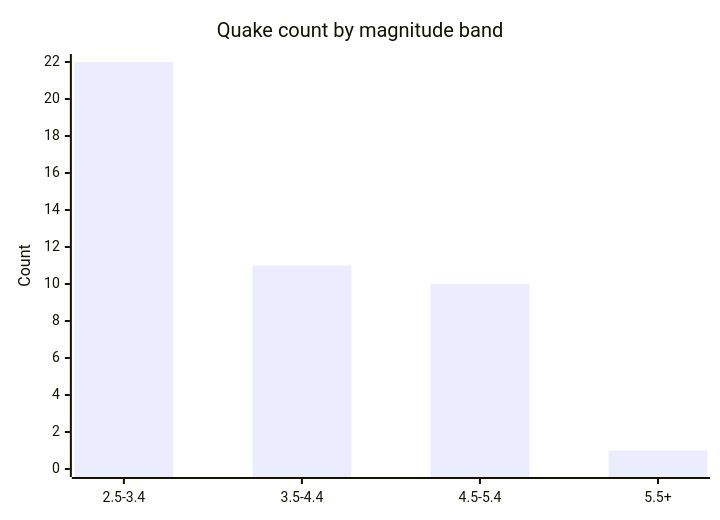
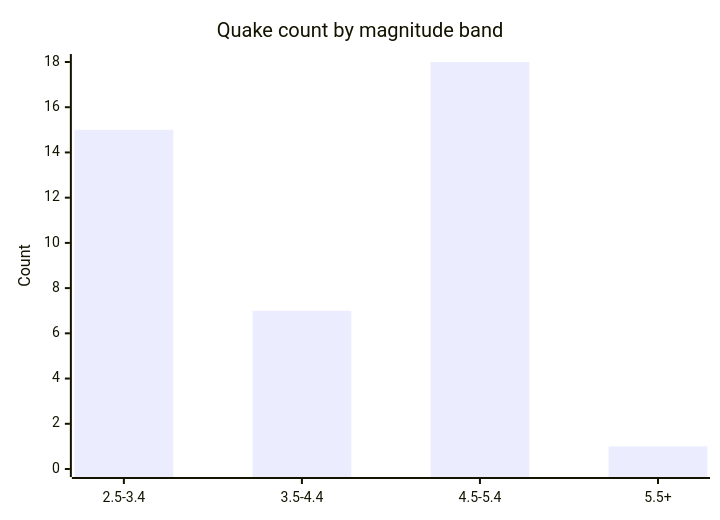
The fifth of 6 diagrams in docs/GRAPHS.md (Midwest-Stratospheric/aerostratospheric-defense-gir), drawn with Mermaid before and after one commit. The commit also changed other lines of this file and 24 other files, not shown here.

````diff
--- a/docs/GRAPHS.md
+++ b/docs/GRAPHS.md
@@ -82,7 +82,7 @@
 ```mermaid
 xychart-beta
   title "Quake count by magnitude band"
   x-axis ["2.5-3.4", "3.5-4.4", "4.5-5.4", "5.5+"]
-  y-axis "Count" 0 --> 22
-  bar [22, 11, 10, 1]
+  y-axis "Count" 0 --> 18
+  bar [15, 7, 18, 1]
 ```
````
